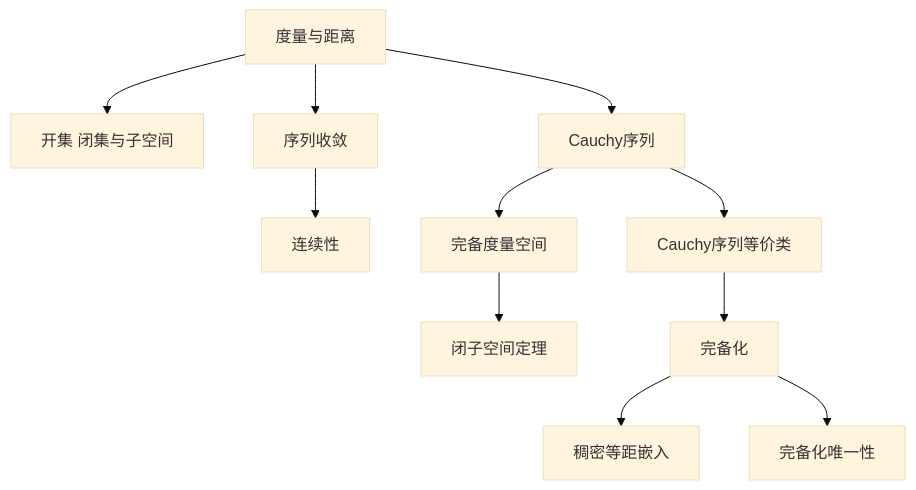
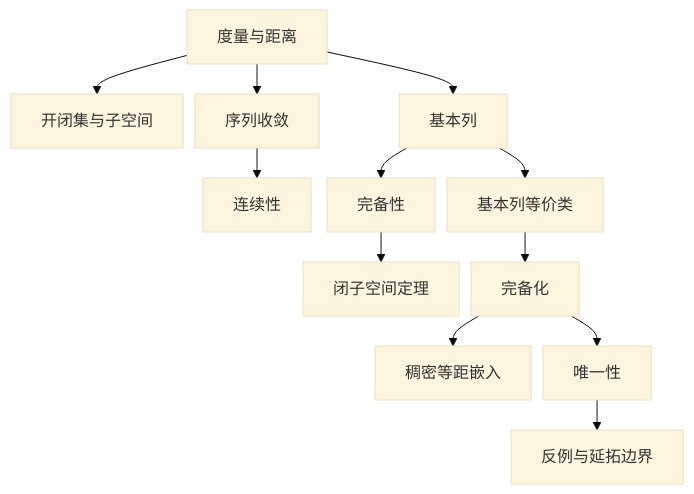
One commit to xsoc1/math-notes changed the diagram in 泛函分析/01_度量空间及其完备化/00_专题总览.md. Above: the diagram before and after it, drawn with Mermaid (base theme). The commit also changed other lines of this file and 60 other files, not shown here.

````diff
--- a/泛函分析/01_度量空间及其完备化/00_专题总览.md
+++ b/泛函分析/01_度量空间及其完备化/00_专题总览.md
@@ -28,13 +28,15 @@
 ```mermaid
+%%{init: {"flowchart": {"nodeSpacing": 12, "rankSpacing": 30}}}%%
 graph TD
-    A[度量与距离] --> B[开集 闭集与子空间]
+    A[度量与距离] --> B[开闭集与子空间]
     A --> C[序列收敛]
     C --> D[连续性]
-    A --> E[Cauchy序列]
-    E --> F[完备度量空间]
+    A --> E[基本列]
+    E --> F[完备性]
     F --> G[闭子空间定理]
-    E --> H[Cauchy序列等价类]
+    E --> H[基本列等价类]
     H --> I[完备化]
     I --> J[稠密等距嵌入]
-    I --> K[完备化唯一性]
+    I --> K[唯一性]
+    K --> L[反例与延拓边界]
 ```
````
